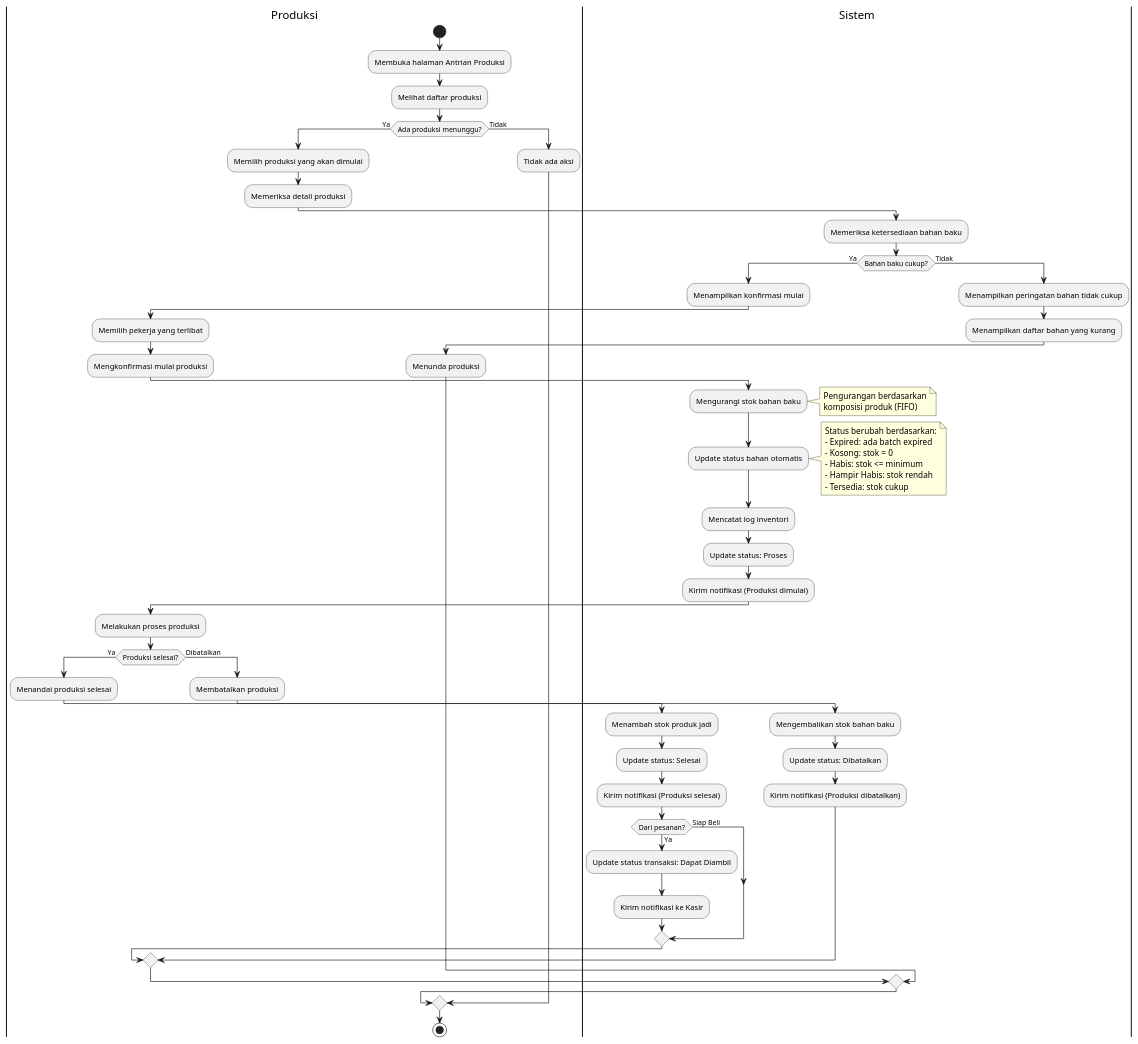
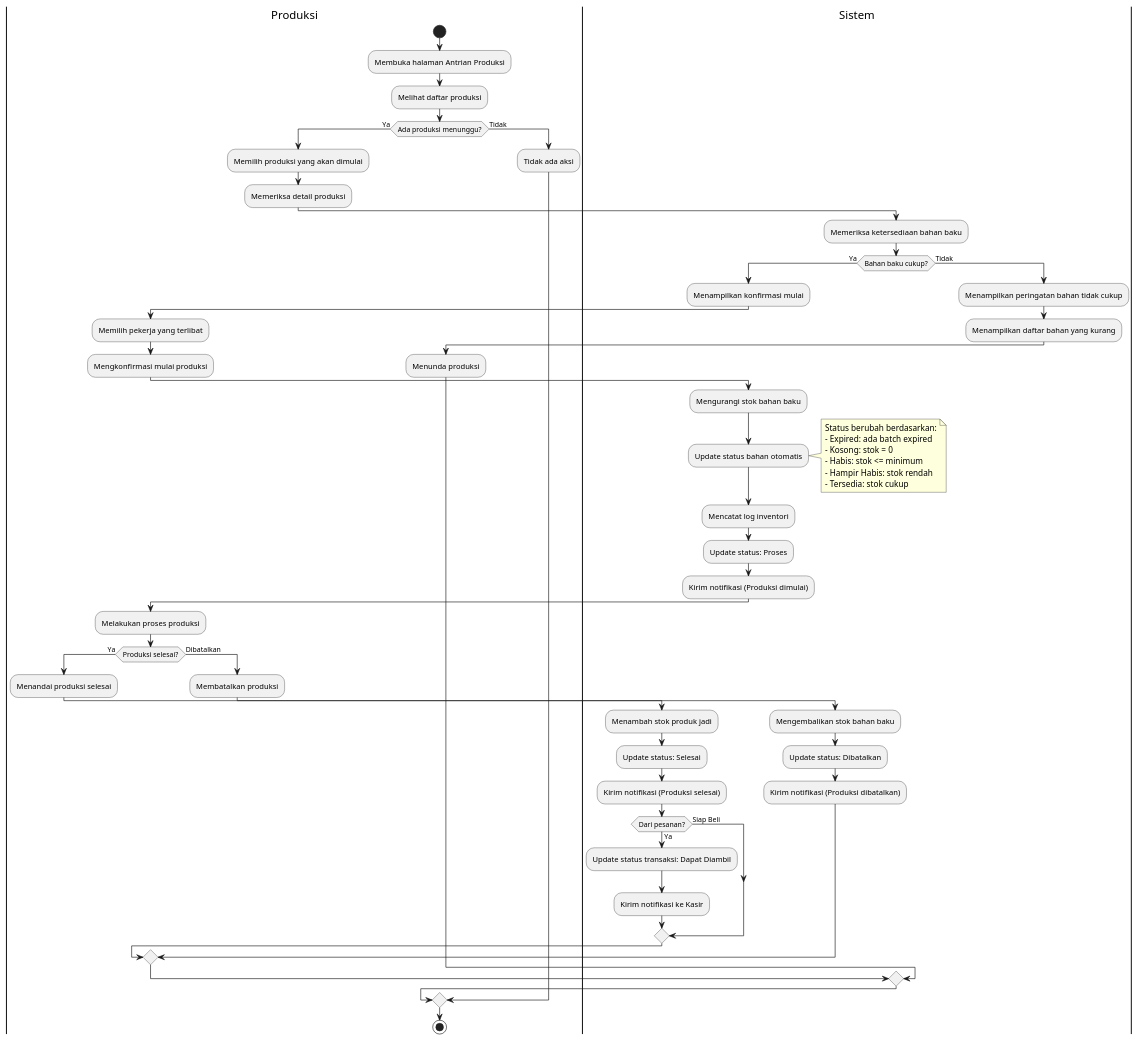
One commit to pawon3d/pawon3d changed the diagram in docs/diagrams/puml/02_activity_produksi.puml. Above: the diagram before and after it, drawn with PlantUML. The commit also changed 31 other files, not shown here.

```diff
--- a/docs/diagrams/puml/02_activity_produksi.puml
+++ b/docs/diagrams/puml/02_activity_produksi.puml
@@ -1,83 +1,79 @@
 @startuml Activity Diagram - Proses Produksi
 
 |Produksi|
 start
 :Membuka halaman Antrian Produksi;
 :Melihat daftar produksi;
 
 if (Ada produksi menunggu?) then (Ya)
     :Memilih produksi yang akan dimulai;
     :Memeriksa detail produksi;
     
     |Sistem|
     :Memeriksa ketersediaan bahan baku;
     
     if (Bahan baku cukup?) then (Ya)
         :Menampilkan konfirmasi mulai;
         
         |Produksi|
         :Memilih pekerja yang terlibat;
         :Mengkonfirmasi mulai produksi;
         
         |Sistem|
         :Mengurangi stok bahan baku;
-        note right
-          Pengurangan berdasarkan
-          komposisi produk (FIFO)
-        end note
         :Update status bahan otomatis;
         note right
           Status berubah berdasarkan:
           - Expired: ada batch expired
           - Kosong: stok = 0
           - Habis: stok <= minimum
           - Hampir Habis: stok rendah
           - Tersedia: stok cukup
         end note
         :Mencatat log inventori;
         :Update status: Proses;
         :Kirim notifikasi (Produksi dimulai);
         
         |Produksi|
         :Melakukan proses produksi;
         
         if (Produksi selesai?) then (Ya)
             :Menandai produksi selesai;
             
             |Sistem|
             :Menambah stok produk jadi;
             :Update status: Selesai;
             :Kirim notifikasi (Produksi selesai);
             
             if (Dari pesanan?) then (Ya)
                 :Update status transaksi: Dapat Diambil;
                 :Kirim notifikasi ke Kasir;
             else (Siap Beli)
             endif
             
         else (Dibatalkan)
             |Produksi|
             :Membatalkan produksi;
             
             |Sistem|
             :Mengembalikan stok bahan baku;
             :Update status: Dibatalkan;
             :Kirim notifikasi (Produksi dibatalkan);
         endif
         
     else (Tidak)
         |Sistem|
         :Menampilkan peringatan bahan tidak cukup;
         :Menampilkan daftar bahan yang kurang;
         
         |Produksi|
         :Menunda produksi;
     endif
     
 else (Tidak)
     :Tidak ada aksi;
 endif
 
 stop
 
 @enduml
```
